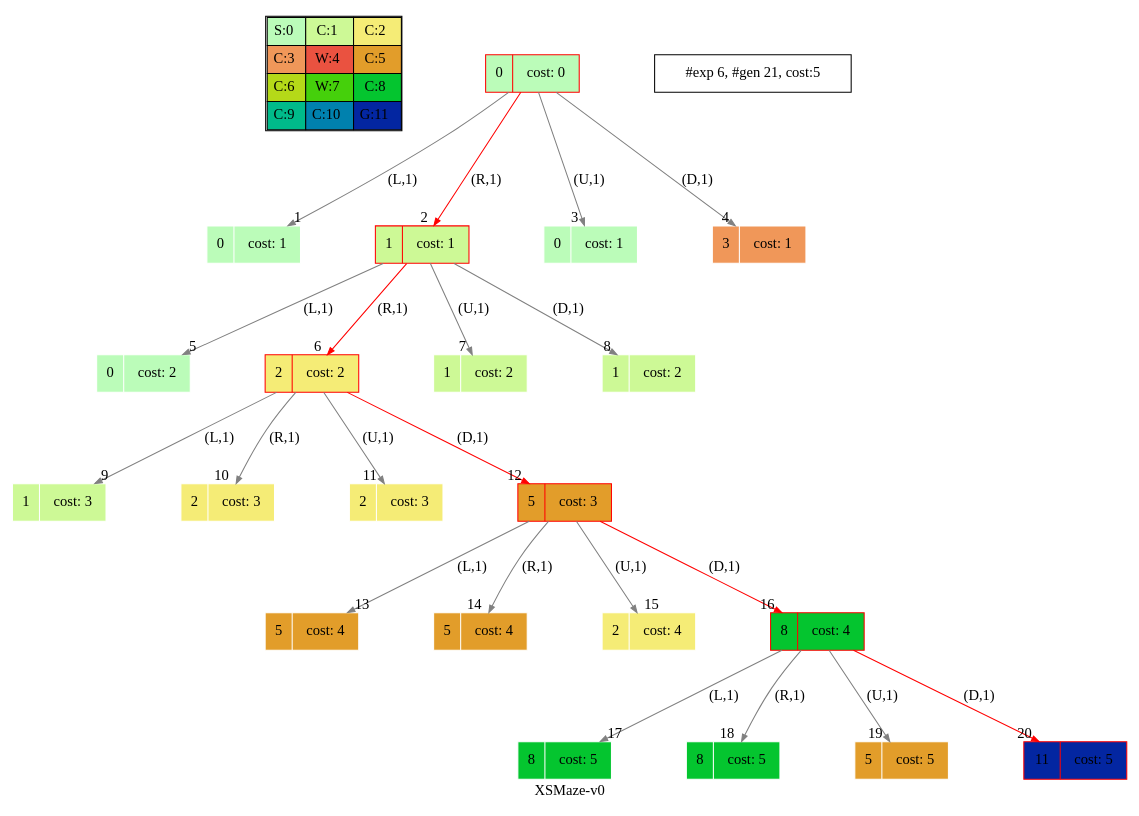
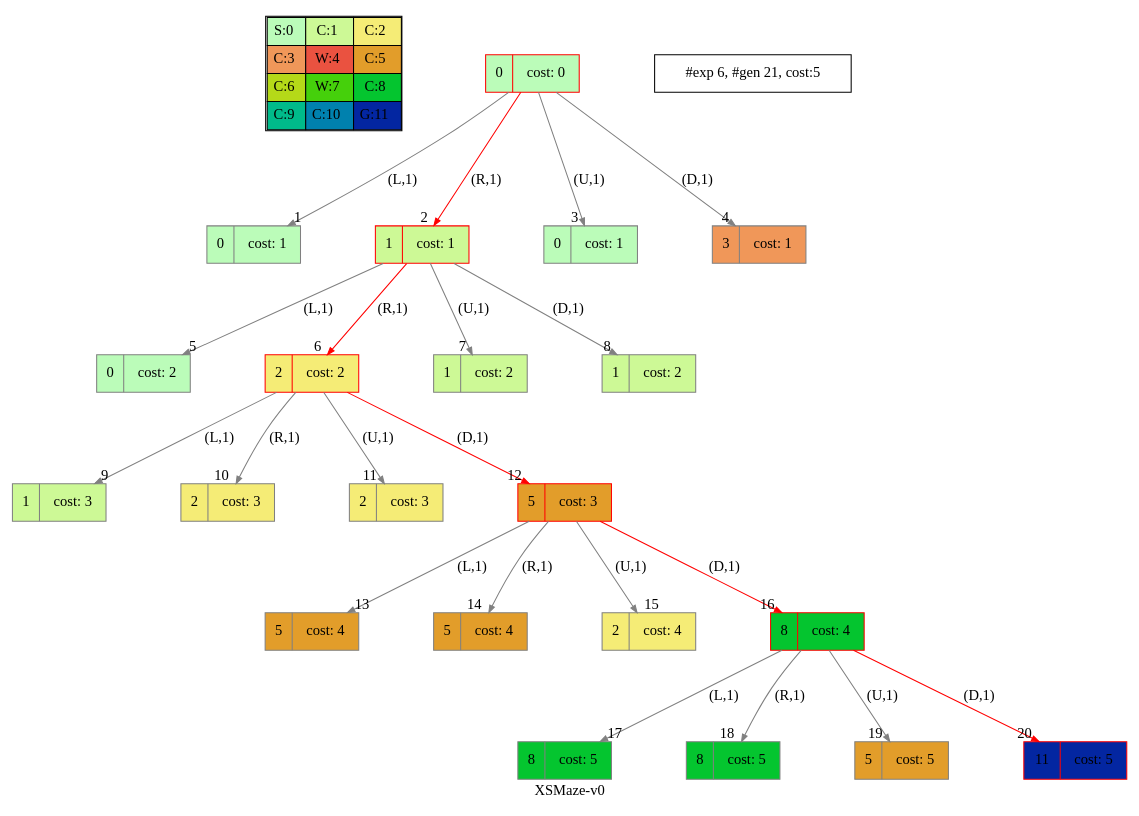
Before and after one commit to blasco991/AI: the diagram in viz/artifacts/gs/dot/XSMaze-v0_greedy.dot, drawn with Graphviz. The commit also changed 41 other files, not shown here.

```diff
--- a/viz/artifacts/gs/dot/XSMaze-v0_greedy.dot
+++ b/viz/artifacts/gs/dot/XSMaze-v0_greedy.dot
@@ -1,30 +1,24 @@
-digraph XSMaze { label="XSMaze-v0"
+digraph XSMaze { label="XSMaze-v0" 
 subgraph MAP {label=Map;map [shape=plaintext label=<<table border="1" cellpadding="5" cellspacing="0" cellborder="1"><tr><td bgcolor="0.32745098 0.267733   0.99083125 1.        ">S:0</td><td bgcolor="0.24117647 0.39545121 0.97940977 1.        ">C:1</td><td bgcolor="0.15490196 0.51591783 0.96349314 1.        ">C:2</td></tr><tr><td bgcolor="0.06862745 0.62692381 0.94315443 1.        ">C:3</td><td bgcolor="0.01764706 0.72643357 0.91848699 1.        ">W:4</td><td bgcolor="0.10392157 0.81262237 0.88960401 1.        ">C:5</td></tr><tr><td bgcolor="0.19803922 0.88960401 0.8534438  1.        ">C:6</td><td bgcolor="0.28431373 0.94315443 0.81619691 1.        ">W:7</td><td bgcolor="0.37058824 0.97940977 0.77520398 1.        ">C:8</td></tr><tr><td bgcolor="0.45686275 0.99770518 0.73065313 1.        ">C:9</td><td bgcolor="0.54313725 0.99770518 0.68274886 1.        ">C:10</td><td bgcolor="0.62941176 0.97940977 0.63171101 1.        ">G:11</td></tr></table>>]} 
-nodesep=1 ranksep=1 node [shape=record] edge [arrowsize=0.7] 
-"0_0" [label="<f0>0 |<f1> cost: 0" style=filled color=red fillcolor="0.32745098 0.267733   0.99083125 1.        "];  
-"0_0.0-0" [label="<f0>0 |<f1> cost: 1" style=filled color=white fillcolor="0.32745098 0.267733   0.99083125 1.        "];   "0_0" -> "0_0.0-0" [label="(L,1)" headlabel=" 1 " color=grey ]; 
-"0_0.1-1" [label="<f0>1 |<f1> cost: 1" style=filled color=white fillcolor="0.24117647 0.39545121 0.97940977 1.        "color=red ];    "0_0" -> "0_0.1-1" [label="(R,1)" headlabel=" 2 " color=grey color=red ];  
-"0_0.0-2" [label="<f0>0 |<f1> cost: 1" style=filled color=white fillcolor="0.32745098 0.267733   0.99083125 1.        "];   "0_0" -> "0_0.0-2" [label="(U,1)" headlabel=" 3 " color=grey ]; 
-"0_0.3-3" [label="<f0>3 |<f1> cost: 1" style=filled color=white fillcolor="0.06862745 0.62692381 0.94315443 1.        "];   "0_0" -> "0_0.3-3" [label="(D,1)" headlabel=" 4 " color=grey ]; 
-"0_0.1-1" [label="<f0>1 |<f1> cost: 1" style=filled color=red fillcolor="0.24117647 0.39545121 0.97940977 1.        "];  
-"0_0.1.0-0" [label="<f0>0 |<f1> cost: 2" style=filled color=white fillcolor="0.32745098 0.267733   0.99083125 1.        "];   "0_0.1-1" -> "0_0.1.0-0" [label="(L,1)" headlabel=" 5 " color=grey ]; 
-"0_0.1.2-1" [label="<f0>2 |<f1> cost: 2" style=filled color=white fillcolor="0.15490196 0.51591783 0.96349314 1.        "color=red ];    "0_0.1-1" -> "0_0.1.2-1" [label="(R,1)" headlabel=" 6 " color=grey color=red ];  
-"0_0.1.1-2" [label="<f0>1 |<f1> cost: 2" style=filled color=white fillcolor="0.24117647 0.39545121 0.97940977 1.        "];   "0_0.1-1" -> "0_0.1.1-2" [label="(U,1)" headlabel=" 7 " color=grey ]; 
-"0_0.1.1-3" [label="<f0>1 |<f1> cost: 2" style=filled color=white fillcolor="0.24117647 0.39545121 0.97940977 1.        "];   "0_0.1-1" -> "0_0.1.1-3" [label="(D,1)" headlabel=" 8 " color=grey ]; 
-"0_0.1.2-1" [label="<f0>2 |<f1> cost: 2" style=filled color=red fillcolor="0.15490196 0.51591783 0.96349314 1.        "];  
-"0_0.1.2.1-0" [label="<f0>1 |<f1> cost: 3" style=filled color=white fillcolor="0.24117647 0.39545121 0.97940977 1.        "];   "0_0.1.2-1" -> "0_0.1.2.1-0" [label="(L,1)" headlabel=" 9 " color=grey ]; 
-"0_0.1.2.2-1" [label="<f0>2 |<f1> cost: 3" style=filled color=white fillcolor="0.15490196 0.51591783 0.96349314 1.        "];   "0_0.1.2-1" -> "0_0.1.2.2-1" [label="(R,1)" headlabel=" 10 " color=grey ]; 
-"0_0.1.2.2-2" [label="<f0>2 |<f1> cost: 3" style=filled color=white fillcolor="0.15490196 0.51591783 0.96349314 1.        "];   "0_0.1.2-1" -> "0_0.1.2.2-2" [label="(U,1)" headlabel=" 11 " color=grey ]; 
-"0_0.1.2.5-3" [label="<f0>5 |<f1> cost: 3" style=filled color=white fillcolor="0.10392157 0.81262237 0.88960401 1.        "color=red ];    "0_0.1.2-1" -> "0_0.1.2.5-3" [label="(D,1)" headlabel=" 12 " color=grey color=red ];  
-"0_0.1.2.5-3" [label="<f0>5 |<f1> cost: 3" style=filled color=red fillcolor="0.10392157 0.81262237 0.88960401 1.        "];  
-"0_0.1.2.5.5-0" [label="<f0>5 |<f1> cost: 4" style=filled color=white fillcolor="0.10392157 0.81262237 0.88960401 1.        "];   "0_0.1.2.5-3" -> "0_0.1.2.5.5-0" [label="(L,1)" headlabel=" 13 " color=grey ]; 
-"0_0.1.2.5.5-1" [label="<f0>5 |<f1> cost: 4" style=filled color=white fillcolor="0.10392157 0.81262237 0.88960401 1.        "];   "0_0.1.2.5-3" -> "0_0.1.2.5.5-1" [label="(R,1)" headlabel=" 14 " color=grey ]; 
-"0_0.1.2.5.2-2" [label="<f0>2 |<f1> cost: 4" style=filled color=white fillcolor="0.15490196 0.51591783 0.96349314 1.        "];   "0_0.1.2.5-3" -> "0_0.1.2.5.2-2" [label="(U,1)" headlabel=" 15 " color=grey ]; 
-"0_0.1.2.5.8-3" [label="<f0>8 |<f1> cost: 4" style=filled color=white fillcolor="0.37058824 0.97940977 0.77520398 1.        "color=red ];    "0_0.1.2.5-3" -> "0_0.1.2.5.8-3" [label="(D,1)" headlabel=" 16 " color=grey color=red ];  
-"0_0.1.2.5.8-3" [label="<f0>8 |<f1> cost: 4" style=filled color=red fillcolor="0.37058824 0.97940977 0.77520398 1.        "];  
-"0_0.1.2.5.8.8-0" [label="<f0>8 |<f1> cost: 5" style=filled color=white fillcolor="0.37058824 0.97940977 0.77520398 1.        "];   "0_0.1.2.5.8-3" -> "0_0.1.2.5.8.8-0" [label="(L,1)" headlabel=" 17 " color=grey ]; 
-"0_0.1.2.5.8.8-1" [label="<f0>8 |<f1> cost: 5" style=filled color=white fillcolor="0.37058824 0.97940977 0.77520398 1.        "];   "0_0.1.2.5.8-3" -> "0_0.1.2.5.8.8-1" [label="(R,1)" headlabel=" 18 " color=grey ]; 
-"0_0.1.2.5.8.5-2" [label="<f0>5 |<f1> cost: 5" style=filled color=white fillcolor="0.10392157 0.81262237 0.88960401 1.        "];   "0_0.1.2.5.8-3" -> "0_0.1.2.5.8.5-2" [label="(U,1)" headlabel=" 19 " color=grey ]; 
-"0_0.1.2.5.8.11-3" [label="<f0>11 |<f1> cost: 5" style=filled color=red fillcolor="0.62941176 0.97940977 0.63171101 1.        "color=red ];  /*GOALSTATE*/  "0_0.1.2.5.8-3" -> "0_0.1.2.5.8.11-3" [label="(D,1)" headlabel=" 20 " color=grey color=red ];  
- "#exp 6, #gen 21, cost:5" [ shape=box ];
-}
+ nodesep=1 ranksep=1 node [shape=record] edge [arrowsize=0.7] 
+"0_0" [label="<f0>0 |<f1> cost: 0" style=filled color=black color=red fillcolor="0.32745098 0.267733   0.99083125 1.        "];  "0_0.0-0" [label="<f0>0 |<f1> cost: 1" style=filled color=grey fillcolor="0.32745098 0.267733   0.99083125 1.        "];   "0_0" -> "0_0.0-0" [label="(L,1)" headlabel=" 1 " color=grey ]; 
+"0_0.1-1" [label="<f0>1 |<f1> cost: 1" style=filled color=grey color=red fillcolor="0.24117647 0.39545121 0.97940977 1.        "];   "0_0" -> "0_0.1-1" [label="(R,1)" headlabel=" 2 " color=grey color=red ]; 
+"0_0.0-2" [label="<f0>0 |<f1> cost: 1" style=filled color=grey fillcolor="0.32745098 0.267733   0.99083125 1.        "];   "0_0" -> "0_0.0-2" [label="(U,1)" headlabel=" 3 " color=grey ]; 
+"0_0.3-3" [label="<f0>3 |<f1> cost: 1" style=filled color=grey fillcolor="0.06862745 0.62692381 0.94315443 1.        "];   "0_0" -> "0_0.3-3" [label="(D,1)" headlabel=" 4 " color=grey ]; 
+"0_0.1-1" [label="<f0>1 |<f1> cost: 1" style=filled color=black color=red fillcolor="0.24117647 0.39545121 0.97940977 1.        "];  "0_0.1.0-0" [label="<f0>0 |<f1> cost: 2" style=filled color=grey fillcolor="0.32745098 0.267733   0.99083125 1.        "];   "0_0.1-1" -> "0_0.1.0-0" [label="(L,1)" headlabel=" 5 " color=grey ]; 
+"0_0.1.2-1" [label="<f0>2 |<f1> cost: 2" style=filled color=grey color=red fillcolor="0.15490196 0.51591783 0.96349314 1.        "];   "0_0.1-1" -> "0_0.1.2-1" [label="(R,1)" headlabel=" 6 " color=grey color=red ]; 
+"0_0.1.1-2" [label="<f0>1 |<f1> cost: 2" style=filled color=grey fillcolor="0.24117647 0.39545121 0.97940977 1.        "];   "0_0.1-1" -> "0_0.1.1-2" [label="(U,1)" headlabel=" 7 " color=grey ]; 
+"0_0.1.1-3" [label="<f0>1 |<f1> cost: 2" style=filled color=grey fillcolor="0.24117647 0.39545121 0.97940977 1.        "];   "0_0.1-1" -> "0_0.1.1-3" [label="(D,1)" headlabel=" 8 " color=grey ]; 
+"0_0.1.2-1" [label="<f0>2 |<f1> cost: 2" style=filled color=black color=red fillcolor="0.15490196 0.51591783 0.96349314 1.        "];  "0_0.1.2.1-0" [label="<f0>1 |<f1> cost: 3" style=filled color=grey fillcolor="0.24117647 0.39545121 0.97940977 1.        "];   "0_0.1.2-1" -> "0_0.1.2.1-0" [label="(L,1)" headlabel=" 9 " color=grey ]; 
+"0_0.1.2.2-1" [label="<f0>2 |<f1> cost: 3" style=filled color=grey fillcolor="0.15490196 0.51591783 0.96349314 1.        "];   "0_0.1.2-1" -> "0_0.1.2.2-1" [label="(R,1)" headlabel=" 10 " color=grey ]; 
+"0_0.1.2.2-2" [label="<f0>2 |<f1> cost: 3" style=filled color=grey fillcolor="0.15490196 0.51591783 0.96349314 1.        "];   "0_0.1.2-1" -> "0_0.1.2.2-2" [label="(U,1)" headlabel=" 11 " color=grey ]; 
+"0_0.1.2.5-3" [label="<f0>5 |<f1> cost: 3" style=filled color=grey color=red fillcolor="0.10392157 0.81262237 0.88960401 1.        "];   "0_0.1.2-1" -> "0_0.1.2.5-3" [label="(D,1)" headlabel=" 12 " color=grey color=red ]; 
+"0_0.1.2.5-3" [label="<f0>5 |<f1> cost: 3" style=filled color=black color=red fillcolor="0.10392157 0.81262237 0.88960401 1.        "];  "0_0.1.2.5.5-0" [label="<f0>5 |<f1> cost: 4" style=filled color=grey fillcolor="0.10392157 0.81262237 0.88960401 1.        "];   "0_0.1.2.5-3" -> "0_0.1.2.5.5-0" [label="(L,1)" headlabel=" 13 " color=grey ]; 
+"0_0.1.2.5.5-1" [label="<f0>5 |<f1> cost: 4" style=filled color=grey fillcolor="0.10392157 0.81262237 0.88960401 1.        "];   "0_0.1.2.5-3" -> "0_0.1.2.5.5-1" [label="(R,1)" headlabel=" 14 " color=grey ]; 
+"0_0.1.2.5.2-2" [label="<f0>2 |<f1> cost: 4" style=filled color=grey fillcolor="0.15490196 0.51591783 0.96349314 1.        "];   "0_0.1.2.5-3" -> "0_0.1.2.5.2-2" [label="(U,1)" headlabel=" 15 " color=grey ]; 
+"0_0.1.2.5.8-3" [label="<f0>8 |<f1> cost: 4" style=filled color=grey color=red fillcolor="0.37058824 0.97940977 0.77520398 1.        "];   "0_0.1.2.5-3" -> "0_0.1.2.5.8-3" [label="(D,1)" headlabel=" 16 " color=grey color=red ]; 
+"0_0.1.2.5.8-3" [label="<f0>8 |<f1> cost: 4" style=filled color=black color=red fillcolor="0.37058824 0.97940977 0.77520398 1.        "];  "0_0.1.2.5.8.8-0" [label="<f0>8 |<f1> cost: 5" style=filled color=grey fillcolor="0.37058824 0.97940977 0.77520398 1.        "];   "0_0.1.2.5.8-3" -> "0_0.1.2.5.8.8-0" [label="(L,1)" headlabel=" 17 " color=grey ]; 
+"0_0.1.2.5.8.8-1" [label="<f0>8 |<f1> cost: 5" style=filled color=grey fillcolor="0.37058824 0.97940977 0.77520398 1.        "];   "0_0.1.2.5.8-3" -> "0_0.1.2.5.8.8-1" [label="(R,1)" headlabel=" 18 " color=grey ]; 
+"0_0.1.2.5.8.5-2" [label="<f0>5 |<f1> cost: 5" style=filled color=grey fillcolor="0.10392157 0.81262237 0.88960401 1.        "];   "0_0.1.2.5.8-3" -> "0_0.1.2.5.8.5-2" [label="(U,1)" headlabel=" 19 " color=grey ]; 
+"0_0.1.2.5.8.11-3" [label="<f0>11 |<f1> cost: 5" style=filled color=black color=red fillcolor="0.62941176 0.97940977 0.63171101 1.        "]; /*GOALSTATE*/  "0_0.1.2.5.8-3" -> "0_0.1.2.5.8.11-3" [label="(D,1)" headlabel=" 20 " color=grey color=red ];
+"#exp 6, #gen 21, cost:5" [ shape=box ]; }
```
